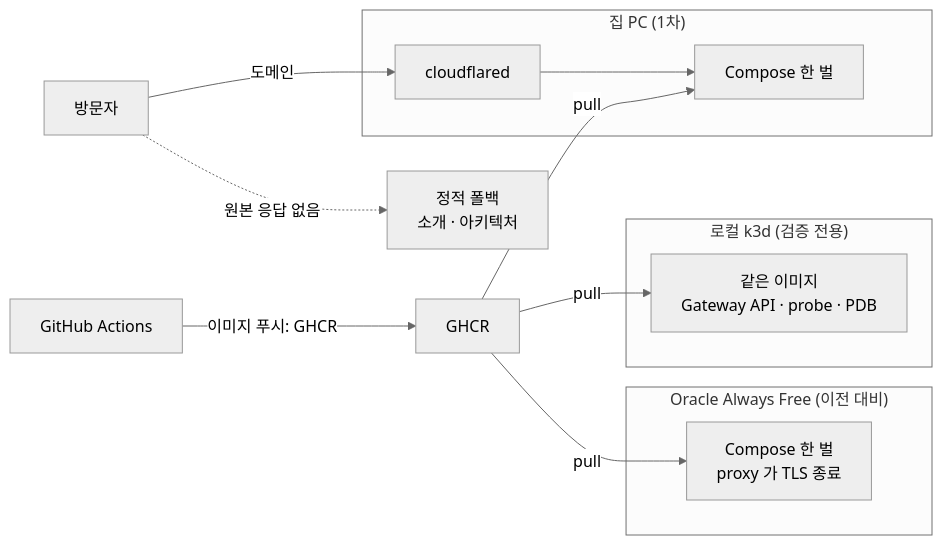
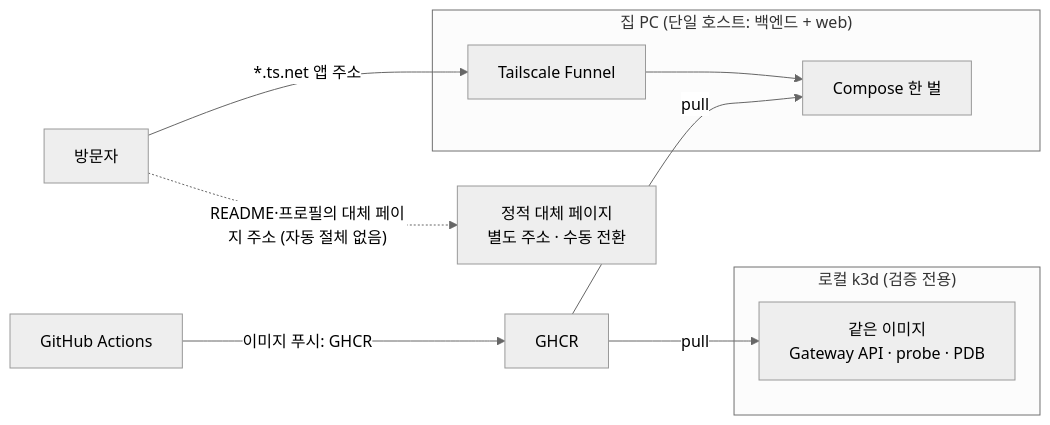
Before and after one commit to 1985jwlee/portpolio_backend: the third of 3 diagrams in docs/domains/architecture.md, drawn with Mermaid (neutral theme). The commit also changed other lines of this file and 50 other files, not shown here.

````diff
--- a/docs/domains/architecture.md
+++ b/docs/domains/architecture.md
@@ -220,19 +219,15 @@
 ```mermaid
 flowchart LR
-    subgraph Home["집 PC (1차)"]
-        HCF["cloudflared"] --> HStack["Compose 한 벌"]
-    end
-    subgraph Oracle["Oracle Always Free (이전 대비)"]
-        OStack["Compose 한 벌<br>proxy 가 TLS 종료"]
+    subgraph Home["집 PC (단일 호스트: 백엔드 + web)"]
+        HCF["Tailscale Funnel"] --> HStack["Compose 한 벌"]
     end
     subgraph K3d["로컬 k3d (검증 전용)"]
         KStack["같은 이미지<br>Gateway API · probe · PDB"]
     end
     CI["GitHub Actions"] -->|"이미지 푸시: GHCR"| Registry["GHCR"]
     Registry -->|"pull"| HStack
-    Registry -->|"pull"| OStack
     Registry -->|"pull"| KStack
-    Fallback["정적 폴백<br>소개 · 아키텍처"]
-    Visitor["방문자"] -->|"도메인"| HCF
-    Visitor -.->|"원본 응답 없음"| Fallback
+    Fallback["정적 대체 페이지<br>별도 주소 · 수동 전환"]
+    Visitor["방문자"] -->|"*.ts.net 앱 주소"| HCF
+    Visitor -.->|"README·프로필의 대체 페이지 주소 (자동 절체 없음)"| Fallback
 ```
````
